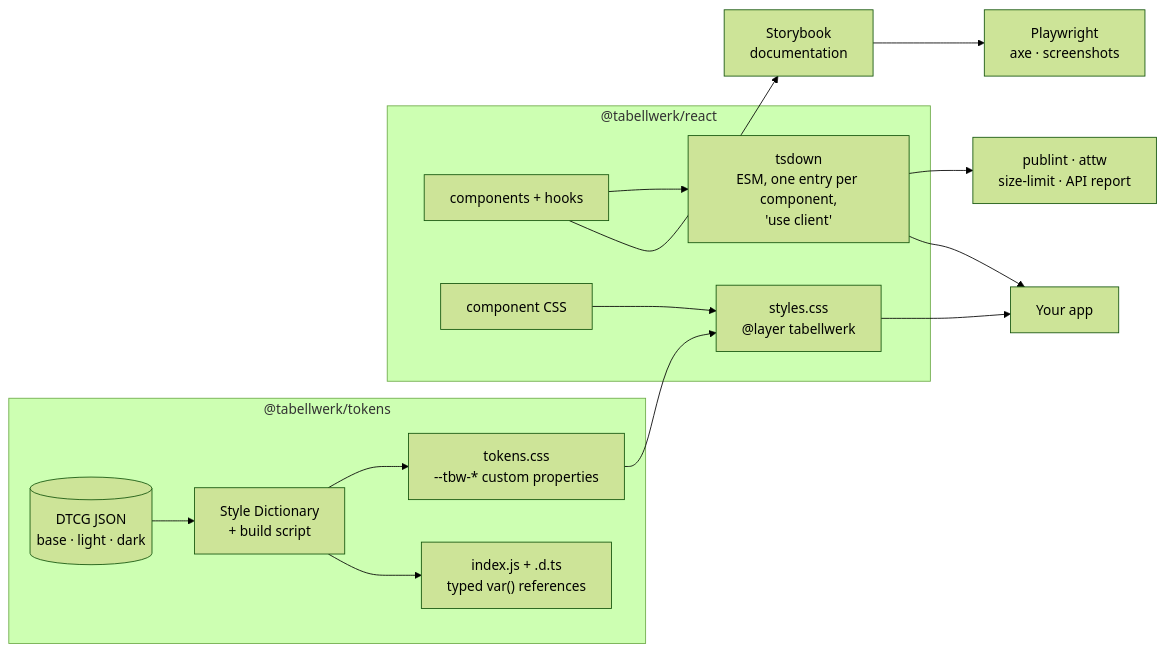
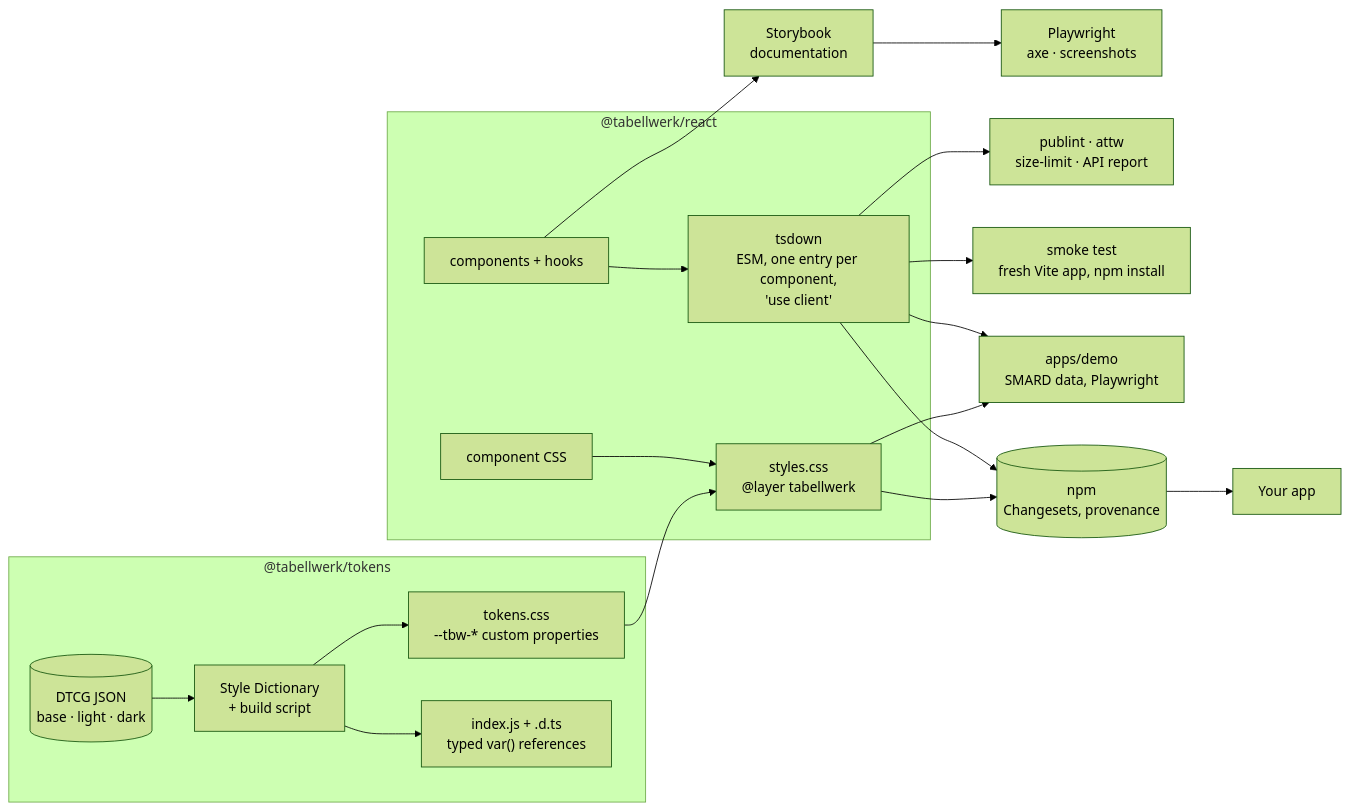
Before and after one commit to Grigormrd/tabellwerk: the first of 2 diagrams in README.md, drawn with Mermaid (forest theme). The commit also changed other lines of this file and 22 other files, not shown here.

First line of the commit message:
feat: docs, smoke test and release workflow for the first release (#13)

````diff
--- a/README.md
+++ b/README.md
@@ -109,18 +109,22 @@
 ```mermaid
 flowchart LR
   subgraph tokens["@tabellwerk/tokens"]
     JSON[("DTCG JSON<br/>base · light · dark")] --> SD["Style Dictionary<br/>+ build script"]
     SD --> CSS["tokens.css<br/>--tbw-* custom properties"]
     SD --> TS["index.js + .d.ts<br/>typed var() references"]
   end
   subgraph react["@tabellwerk/react"]
     SRC["components + hooks"] --> TSD["tsdown<br/>ESM, one entry per component,<br/>'use client'"]
     STY["component CSS"] --> BUNDLE["styles.css<br/>@layer tabellwerk"]
   end
   CSS --> BUNDLE
   SRC --> SB["Storybook<br/>documentation"]
   SB --> E2E["Playwright<br/>axe · screenshots"]
   TSD --> CHECKS["publint · attw<br/>size-limit · API report"]
-  TSD --> APP["Your app"]
-  BUNDLE --> APP
+  TSD --> SMOKE["smoke test<br/>fresh Vite app, npm install"]
+  TSD --> DEMO["apps/demo<br/>SMARD data, Playwright"]
+  BUNDLE --> DEMO
+  TSD --> NPM[("npm<br/>Changesets, provenance")]
+  BUNDLE --> NPM
+  NPM --> APP["Your app"]
 ```
````
